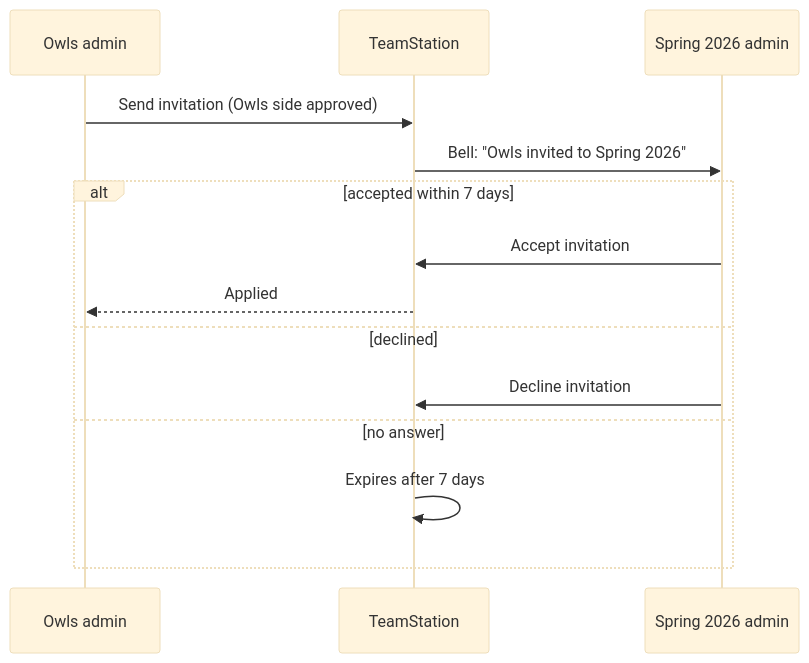
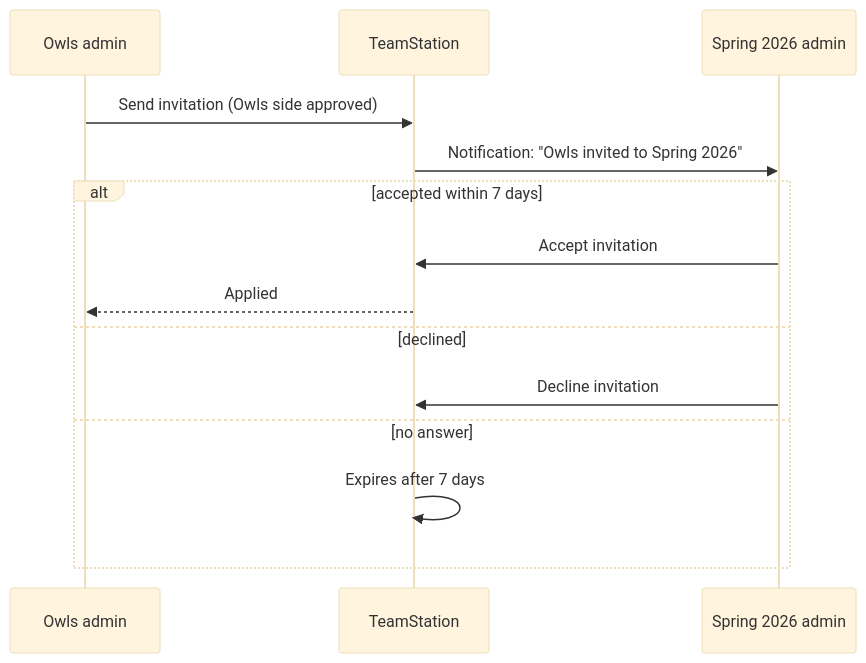
The ninth of 9 diagrams in docs/permissions.md (TeamStationApp/teamstation), drawn with Mermaid (base theme) before and after one commit. The commit also changed other lines of this file and 48 other files, not shown here.

````diff
--- a/docs/permissions.md
+++ b/docs/permissions.md
@@ -622,16 +622,16 @@
 ```mermaid
 sequenceDiagram
   participant A as Owls admin
   participant TS as TeamStation
   participant B as Spring 2026 admin
   A->>TS: Send invitation (Owls side approved)
-  TS->>B: Bell: "Owls invited to Spring 2026"
+  TS->>B: Notification: "Owls invited to Spring 2026"
   alt accepted within 7 days
     B->>TS: Accept invitation
     TS-->>A: Applied
   else declined
     B->>TS: Decline invitation
   else no answer
     TS->>TS: Expires after 7 days
   end
 ```
````
